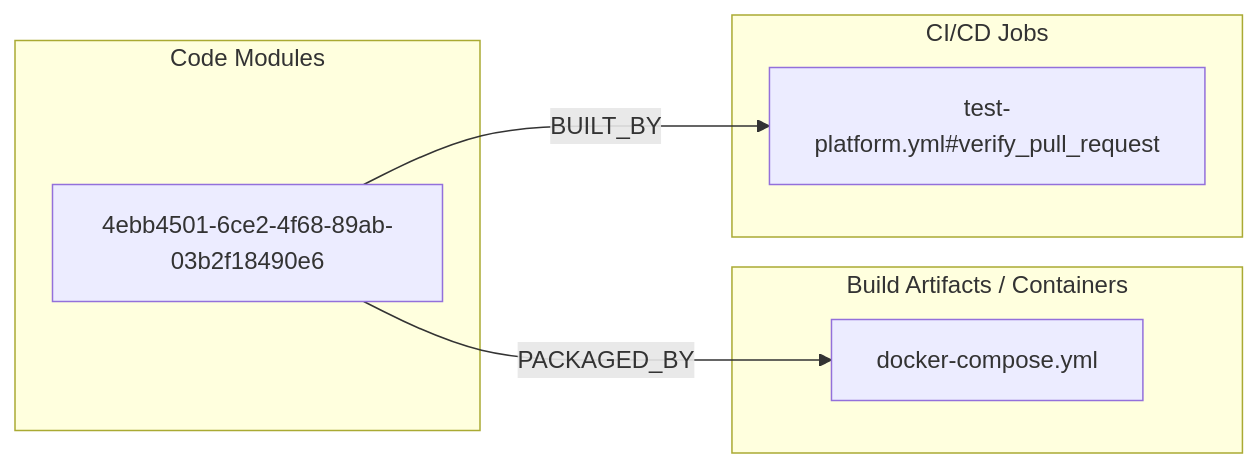
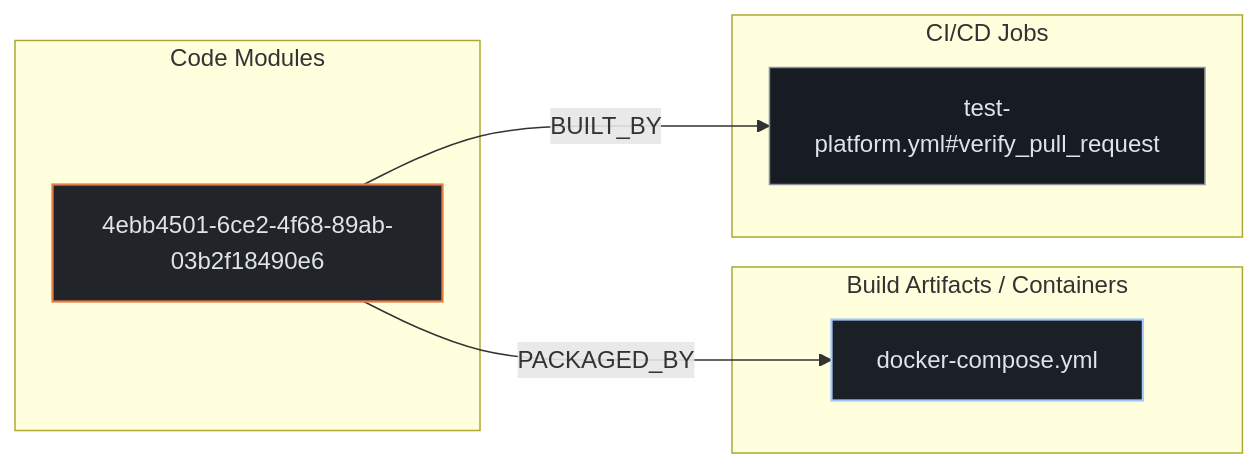
Before and after one commit to kumarshaz/atruss-code-atlas: the second of 3 diagrams in exports/latest/reports/saleor-saleor-platform-report.md, drawn with Mermaid. The commit also changed other lines of this file and 331 other files, not shown here.

Commit message:
docs,ui,fix: update SDLC docs, reorder CI/CD DAG first, stylize Mermaid, and fix Arc42 pipeline topology

````diff
--- a/exports/latest/reports/saleor-saleor-platform-report.md
+++ b/exports/latest/reports/saleor-saleor-platform-report.md
@@ -68,14 +75,18 @@
 ```mermaid
 flowchart LR
+    classDef atlasCategory fill:#212428,stroke:#E87A48,stroke-width:1.5px,color:#dfe3eb
+    classDef atlasWorkflow fill:#1b2026,stroke:#a3c9ff,stroke-width:1.5px,color:#dfe3eb
+    classDef atlasJob fill:#171c22,stroke:#8d9199,stroke-width:1px,color:#dfe3eb
+    classDef atlasTarget fill:#005227,stroke:#8bd99b,stroke-width:1.5px,color:#a7f6b6
     subgraph code_modules["Code Modules"]
-        mod_4ebb4501_6ce2_4f68_89ab_03b2f18490e6["4ebb4501-6ce2-4f68-89ab-03b2f18490e6"]
+        mod_4ebb4501_6ce2_4f68_89ab_03b2f18490e6["4ebb4501-6ce2-4f68-89ab-03b2f18490e6"]:::atlasCategory
     end
     subgraph build_artifacts["Build Artifacts / Containers"]
-        art_docker_compose_yml["docker-compose.yml"]
+        art_docker_compose_yml["docker-compose.yml"]:::atlasWorkflow
     end
     subgraph ci_jobs["CI/CD Jobs"]
-        job_test_platform_yml_verify_pull_request["test-platform.yml#verify_pull_request"]
+        job_test_platform_yml_verify_pull_request["test-platform.yml#verify_pull_request"]:::atlasJob
     end
     mod_4ebb4501_6ce2_4f68_89ab_03b2f18490e6 -->|BUILT_BY| job_test_platform_yml_verify_pull_request
     mod_4ebb4501_6ce2_4f68_89ab_03b2f18490e6 -->|PACKAGED_BY| art_docker_compose_yml
 ```
````
